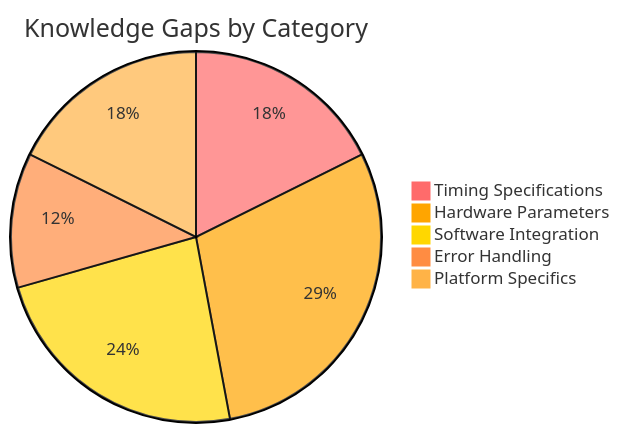
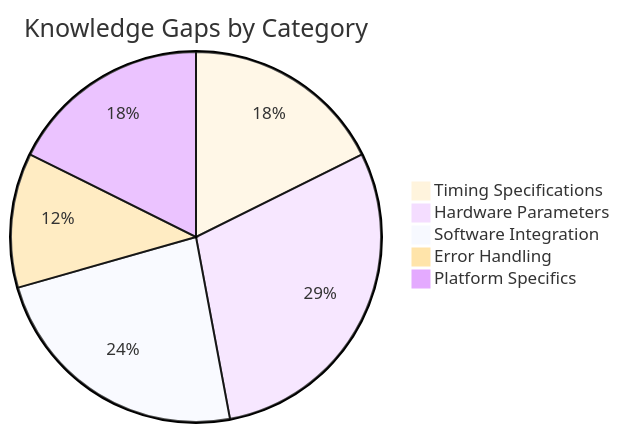
Before and after one commit to Lizo-RoadTown/PROVES_LIBRARY: the eighth of 9 diagrams in docs/diagrams/knowledge-gaps.md, drawn with Mermaid. The commit also changed other lines of this file and 14 other files, not shown here.

First line of the commit message:
Apply professional theme to all Mermaid diagrams

````diff
--- a/docs/diagrams/knowledge-gaps.md
+++ b/docs/diagrams/knowledge-gaps.md
@@ -552,9 +692,15 @@
 ```mermaid
-%%{init: {'theme':'base', 'themeVariables': { 'pie1':'#ff6b6b', 'pie2':'#ffa500', 'pie3':'#ffd700', 'pie4':'#ff8c42', 'pie5':'#ffb347'}}}%%
+%%{init: {
+  'theme': 'base',
+  'themeVariables': {
+    'fontFamily': 'system-ui, -apple-system, sans-serif',
+    'fontSize': '14px'
+  }
+}}%%
 pie title Knowledge Gaps by Category
     "Timing Specifications" : 3
     "Hardware Parameters" : 5
     "Software Integration" : 4
     "Error Handling" : 2
     "Platform Specifics" : 3
 ```
````
